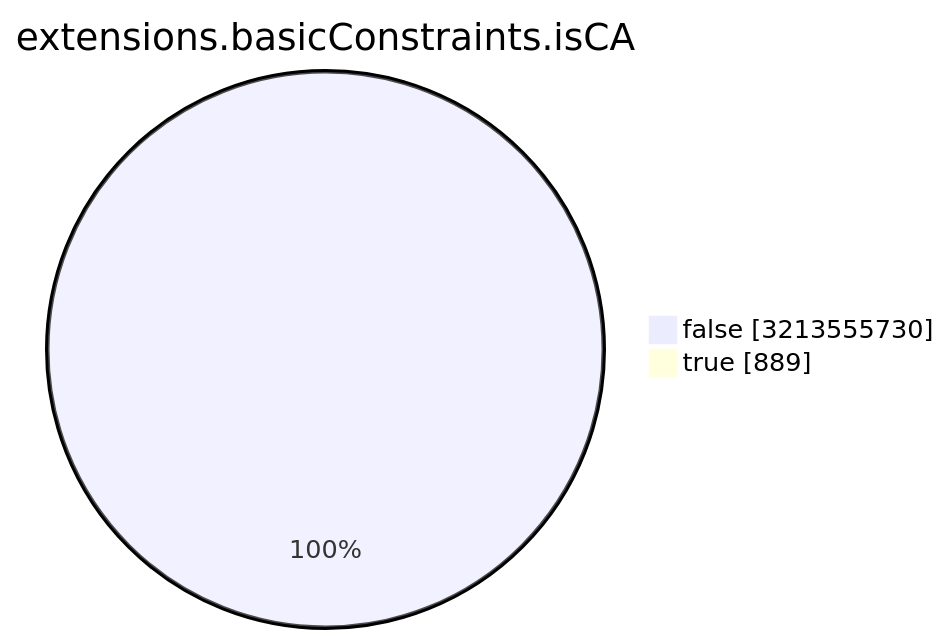
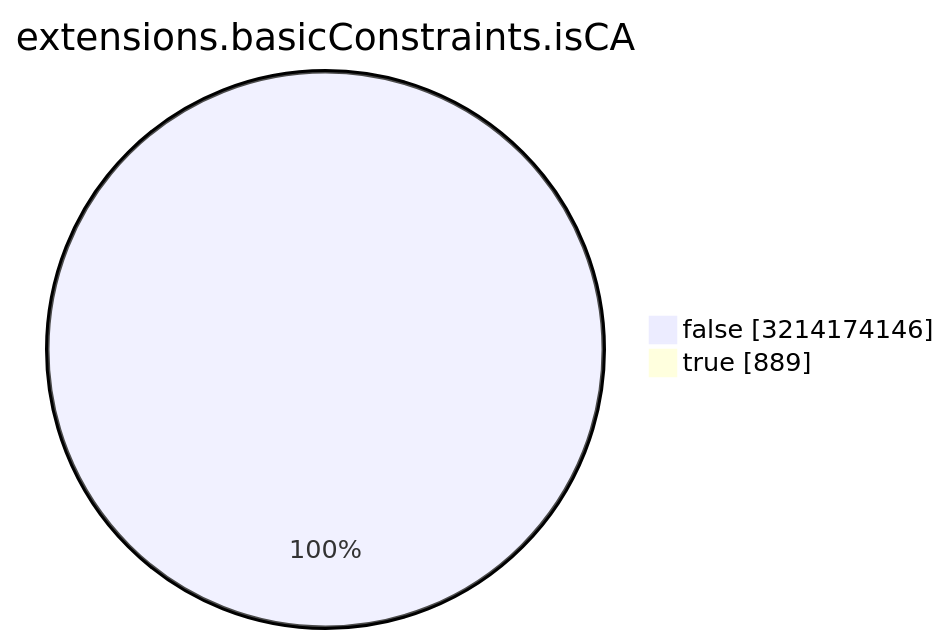
Before and after one commit to christiankrug/ctmonitor_visualization: the seventh of 15 diagrams in TOTAL/README.md, drawn with Mermaid. The commit also changed other lines of this file, not shown here.

````diff
--- a/TOTAL/README.md
+++ b/TOTAL/README.md
@@ -3088,6 +3088,6 @@
 ```mermaid
 pie showData
 title extensions.basicConstraints.isCA
-"false" :3213555730
+"false" :3214174146
 "true" :889
 ```
````
